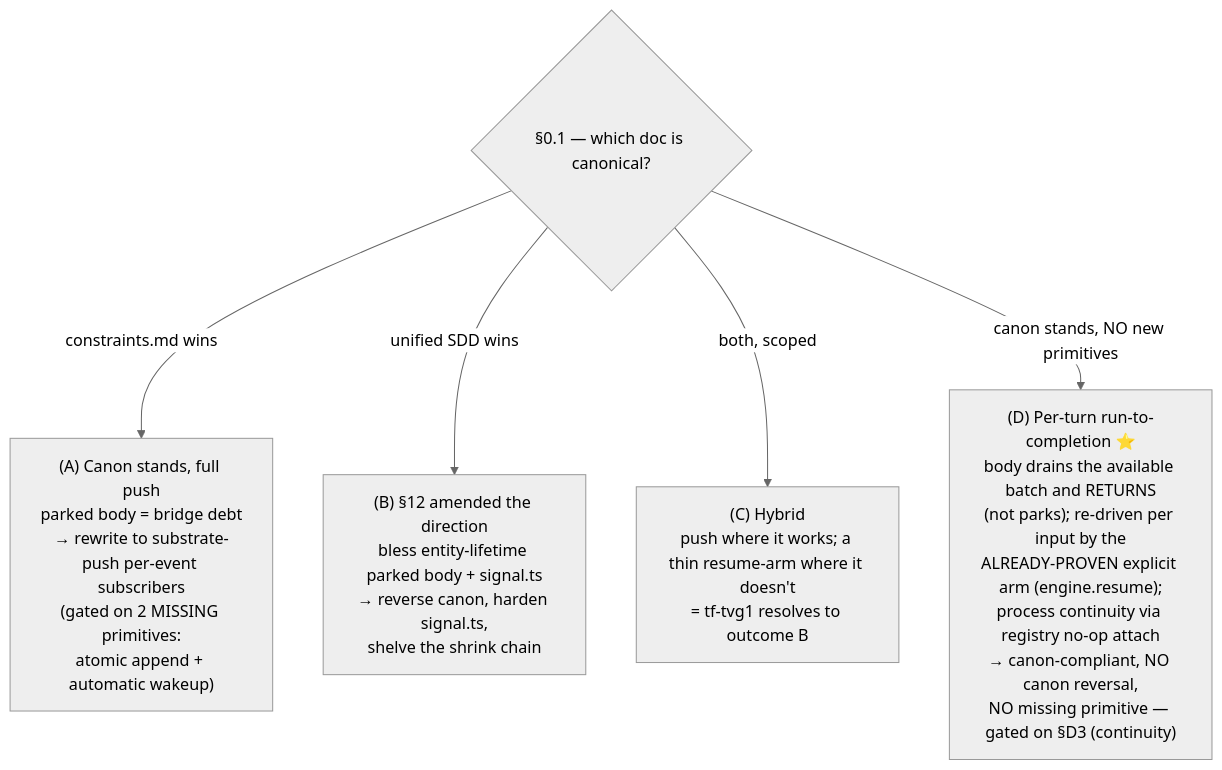
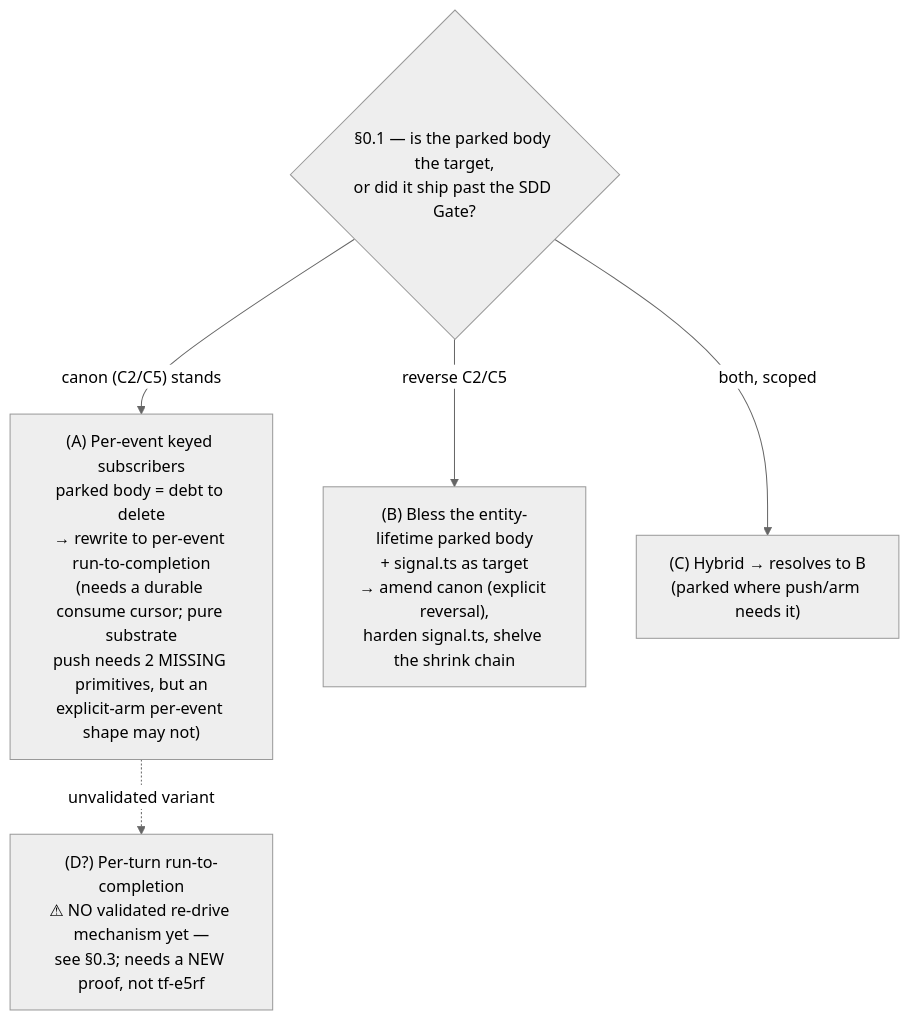
One commit to gurdasnijor/firegrid changed the first of 5 diagrams in docs/proposals/PROPOSAL_RUNTIME_CONTEXT_KEYED_SUBSCRIBER_RECONCILE_2026-06-02.md. Above: the diagram before and after it, drawn with Mermaid (neutral theme). The commit also changed other lines of this file, not shown here.

````diff
--- a/docs/proposals/PROPOSAL_RUNTIME_CONTEXT_KEYED_SUBSCRIBER_RECONCILE_2026-06-02.md
+++ b/docs/proposals/PROPOSAL_RUNTIME_CONTEXT_KEYED_SUBSCRIBER_RECONCILE_2026-06-02.md
@@ -50,8 +63,8 @@
 ```mermaid
 flowchart TD
-    P0{"§0.1 — which doc is canonical?"}
-    P0 -->|"constraints.md wins"| A["(A) Canon stands, full push<br/>parked body = bridge debt<br/>→ rewrite to substrate-push per-event subscribers<br/>(gated on 2 MISSING primitives:<br/>atomic append + automatic wakeup)"]
-    P0 -->|"unified SDD wins"| B["(B) §12 amended the direction<br/>bless entity-lifetime parked body + signal.ts<br/>→ reverse canon, harden signal.ts,<br/>shelve the shrink chain"]
-    P0 -->|"both, scoped"| C["(C) Hybrid<br/>push where it works; a thin resume-arm where it doesn't<br/>= tf-tvg1 resolves to outcome B"]
-    P0 -->|"canon stands, NO new primitives"| D["(D) Per-turn run-to-completion ⭐<br/>body drains the available batch and RETURNS<br/>(not parks); re-driven per input by the<br/>ALREADY-PROVEN explicit arm (engine.resume);<br/>process continuity via registry no-op attach<br/>→ canon-compliant, NO canon reversal,<br/>NO missing primitive — gated on §D3 (continuity)"]
+    P0{"§0.1 — is the parked body the target,<br/>or did it ship past the SDD Gate?"}
+    P0 -->|"canon (C2/C5) stands"| A["(A) Per-event keyed subscribers<br/>parked body = debt to delete<br/>→ rewrite to per-event run-to-completion<br/>(needs a durable consume cursor; pure substrate<br/>push needs 2 MISSING primitives, but an<br/>explicit-arm per-event shape may not)"]
+    P0 -->|"reverse C2/C5"| B["(B) Bless the entity-lifetime parked body<br/>+ signal.ts as target<br/>→ amend canon (explicit reversal),<br/>harden signal.ts, shelve the shrink chain"]
+    P0 -->|"both, scoped"| C["(C) Hybrid → resolves to B<br/>(parked where push/arm needs it)"]
+    A -. "unvalidated variant" .-> D["(D?) Per-turn run-to-completion<br/>⚠ NO validated re-drive mechanism yet —<br/>see §0.3; needs a NEW proof, not tf-e5rf"]
 ```
````
